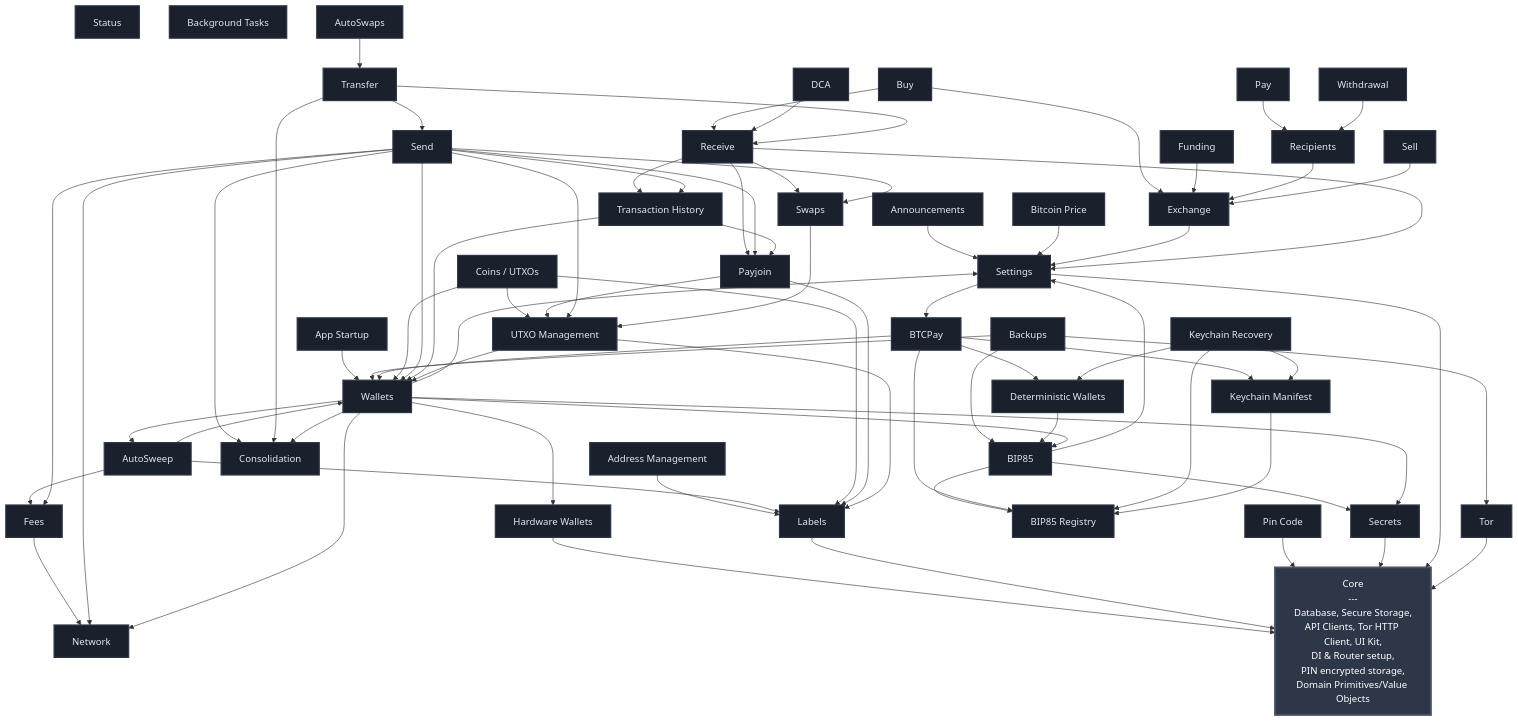
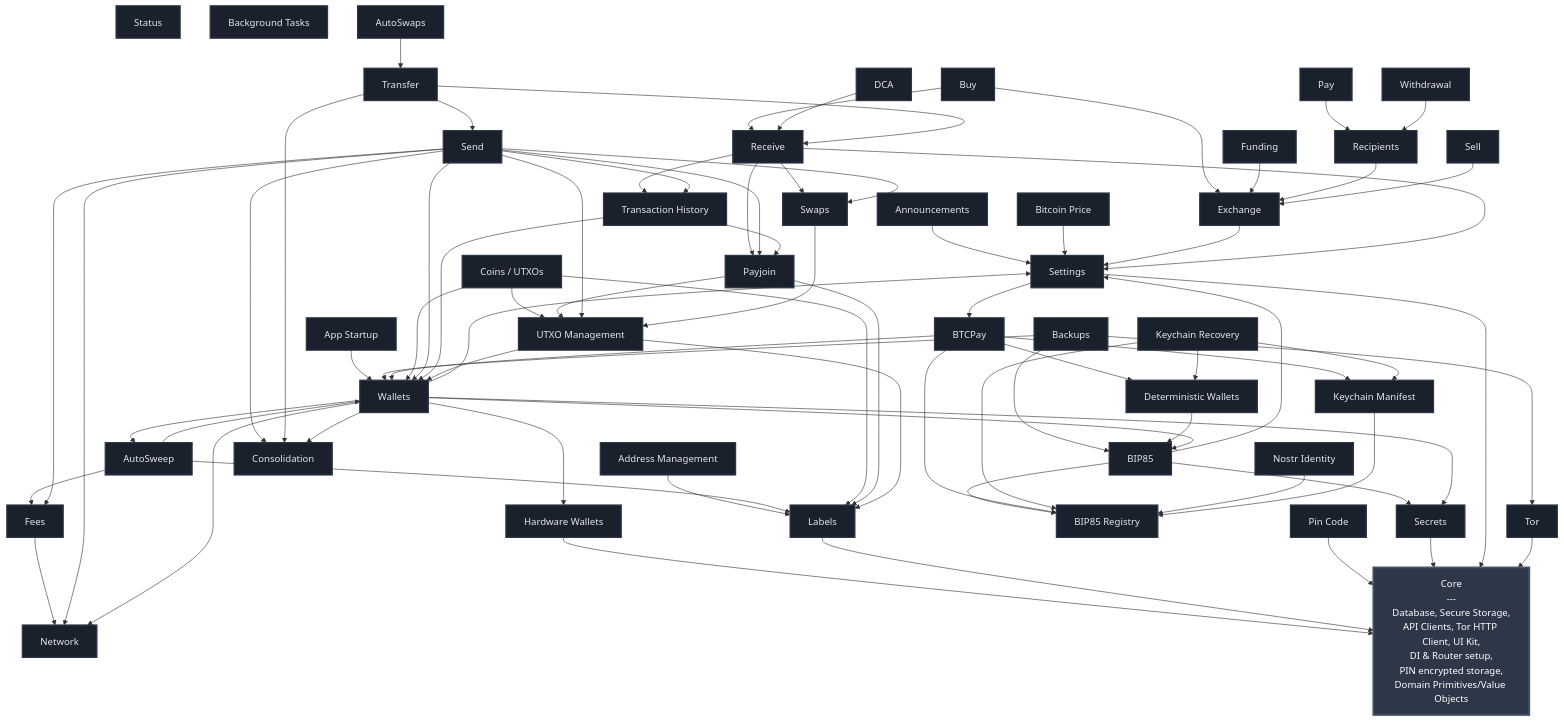
One commit to BullishNode/bullbitcoin-mobile changed the diagram in FEATURES.md. Above: the diagram before and after it, drawn with Mermaid. The commit also changed 9 other files, not shown here.

Commit message:
feat(nostr_identity): add reserved nostr key core

````diff
--- a/FEATURES.md
+++ b/FEATURES.md
@@ -26,6 +26,7 @@
     DETERMINISTIC_WALLETS[Deterministic Wallets]
     KEYCHAIN_MANIFEST[Keychain Manifest]
     KEYCHAIN_RECOVERY[Keychain Recovery]
+    NOSTR_IDENTITY[Nostr Identity]
     FEES[Fees]
     WALLETS[Wallets]
     EXCHANGE[Exchange]
@@ -79,6 +80,7 @@
     KEYCHAIN_RECOVERY --> BIP85_REGISTRY
     KEYCHAIN_RECOVERY --> DETERMINISTIC_WALLETS
     KEYCHAIN_RECOVERY --> KEYCHAIN_MANIFEST
+    NOSTR_IDENTITY --> BIP85_REGISTRY
     BUY --> EXCHANGE
     BUY --> RECEIVE
     COINS --> UTXO_MGMT
@@ -136,5 +138,5 @@
     classDef featureStyle fill:#1a202c,stroke:#2d3748,stroke-width:2px,color:#e2e8f0
 
     class CORE coreStyle
-    class SETTINGS,TOR,PIN_CODE,LABELS,SECRETS,HW_WALLETS,BTC_PRICE,BTCPAY,NETWORK,BIP85,BIP85_REGISTRY,DETERMINISTIC_WALLETS,KEYCHAIN_MANIFEST,KEYCHAIN_RECOVERY,FEES,WALLETS,EXCHANGE,APP_STARTUP,UTXO_MGMT,ADDRESS_MGMT,RECIPIENTS,FUNDING,BACKUPS,SWAPS,PAYJOIN,WITHDRAWAL,STATUS,SEND,RECEIVE,TRANSFER,TX_HISTORY,BG_TASKS,AUTOSWAPS,AUTOSWEEP,DCA,SELL,PAY,BUY,COINS,ANNOUNCEMENTS,CONSOLIDATION featureStyle
+    class SETTINGS,TOR,PIN_CODE,LABELS,SECRETS,HW_WALLETS,BTC_PRICE,BTCPAY,NETWORK,BIP85,BIP85_REGISTRY,DETERMINISTIC_WALLETS,KEYCHAIN_MANIFEST,KEYCHAIN_RECOVERY,NOSTR_IDENTITY,FEES,WALLETS,EXCHANGE,APP_STARTUP,UTXO_MGMT,ADDRESS_MGMT,RECIPIENTS,FUNDING,BACKUPS,SWAPS,PAYJOIN,WITHDRAWAL,STATUS,SEND,RECEIVE,TRANSFER,TX_HISTORY,BG_TASKS,AUTOSWAPS,AUTOSWEEP,DCA,SELL,PAY,BUY,COINS,ANNOUNCEMENTS,CONSOLIDATION featureStyle
 ```
````
